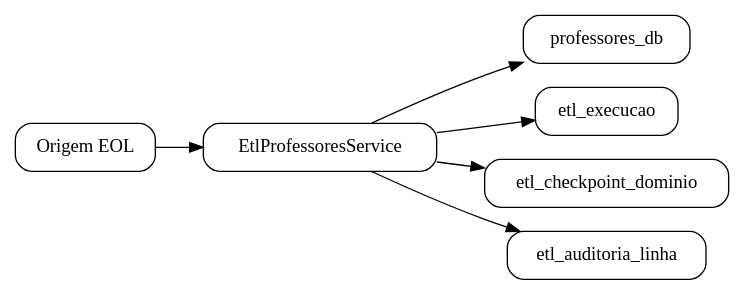
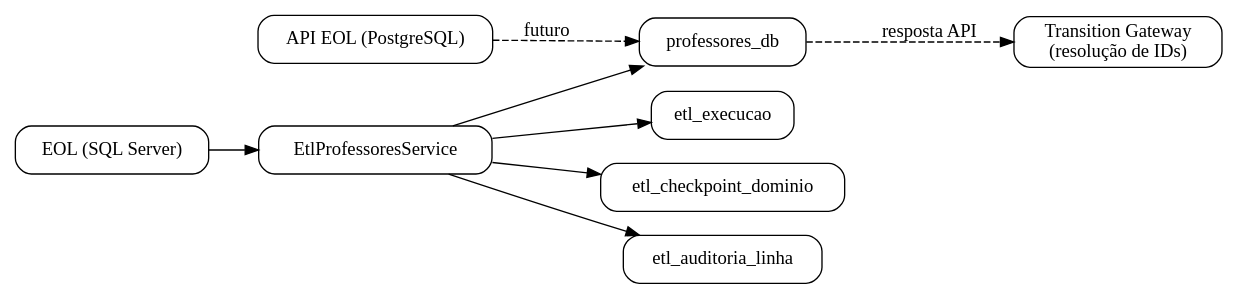
One commit to prefeiturasp/SME-IntegracaoEOL-MS-ETL changed the diagram in docs/arquitetura/der.md. Above: the diagram before and after it, drawn with Graphviz. The commit also changed other lines of this file and 33 other files, not shown here.

Commit message:
Feature 145157 Dedinicao tableas e estrutura processamento com doc e dash para monitorar execucao por dominio

````diff
--- a/docs/arquitetura/der.md
+++ b/docs/arquitetura/der.md
@@ -7,18 +10,22 @@
 ```{graphviz}
 digraph G {
     rankdir=LR;
     node [shape=box, style="rounded"];
 
-    EOL [label="Origem EOL"];
-    SVC [label="EtlProfessoresService"];
-    PROF [label="professores_db"];
-    EXEC [label="etl_execucao"];
-    CHK [label="etl_checkpoint_dominio"];
-    HASH [label="etl_auditoria_linha"];
+    EOL    [label="EOL (SQL Server)"];
+    APIEOL [label="API EOL (PostgreSQL)"];
+    SVC    [label="EtlProfessoresService"];
+    PROF   [label="professores_db"];
+    EXEC   [label="etl_execucao"];
+    CHK    [label="etl_checkpoint_dominio"];
+    HASH   [label="etl_auditoria_linha"];
+    TGW    [label="Transition Gateway\n(resolução de IDs)"];
 
-    EOL -> SVC -> PROF;
-    SVC -> EXEC;
-    SVC -> CHK;
-    SVC -> HASH;
+    EOL    -> SVC -> PROF;
+    APIEOL -> PROF [label="futuro" style=dashed];
+    SVC    -> EXEC;
+    SVC    -> CHK;
+    SVC    -> HASH;
+    PROF   -> TGW  [style=dashed label="resposta API"];
 }
 ```
````
